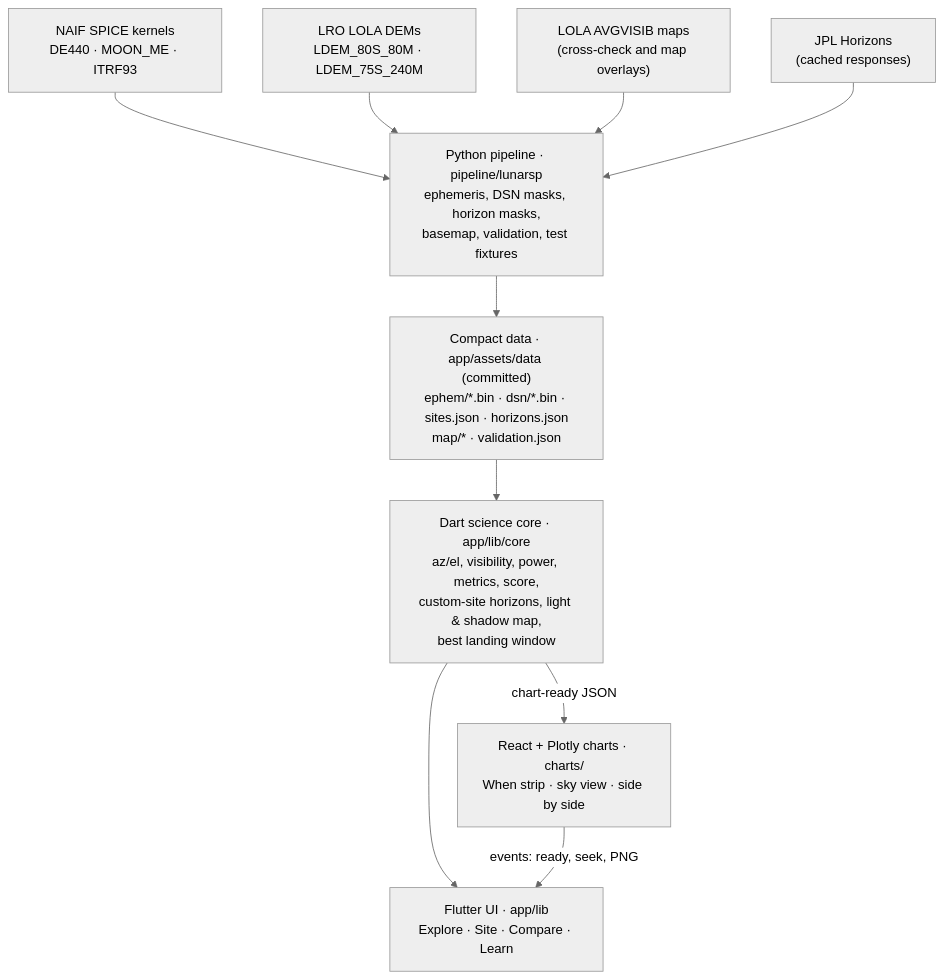
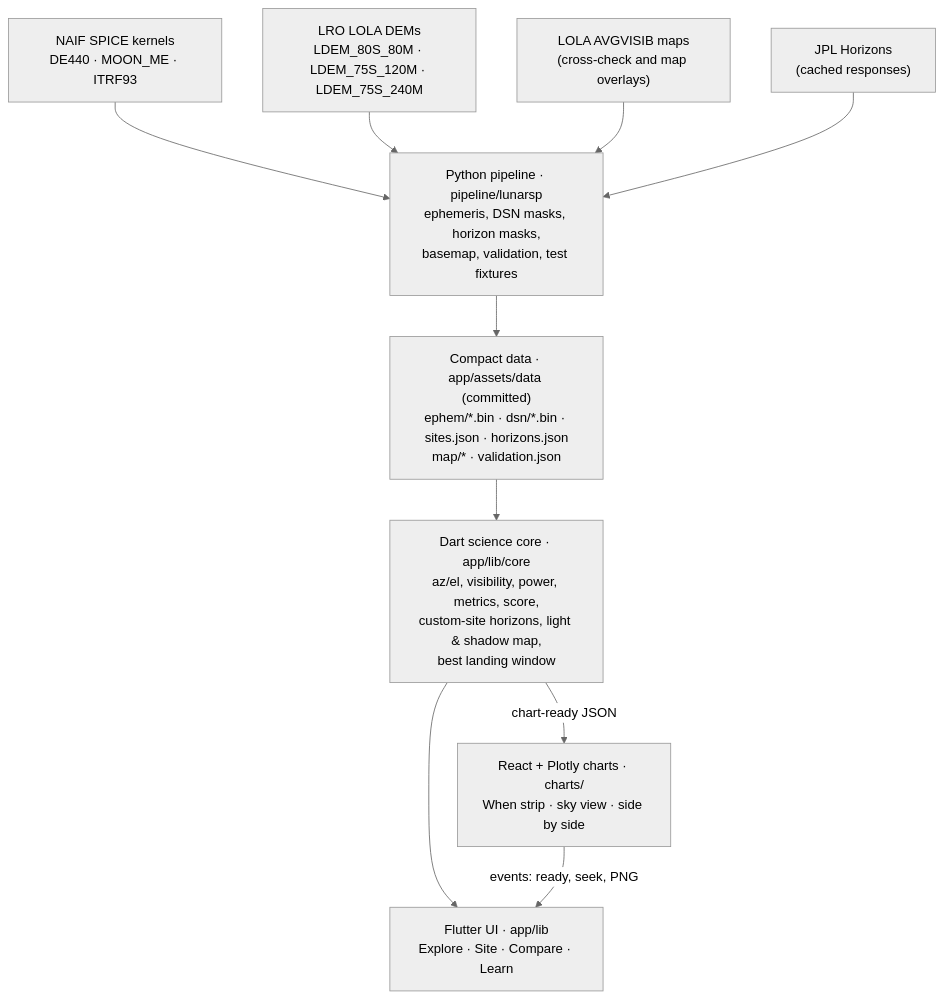
The diagram in README.md (localizedprojects/CLPS-MOON-BROWSER), drawn with Mermaid (neutral theme) before and after one commit. The commit also changed other lines of this file and 70 other files, not shown here.

````diff
--- a/README.md
+++ b/README.md
@@ -85,13 +85,13 @@
 ```mermaid
 flowchart TD
   K["NAIF SPICE kernels<br/>DE440 · MOON_ME · ITRF93"] --> P
-  D["LRO LOLA DEMs<br/>LDEM_80S_80M · LDEM_75S_240M"] --> P
+  D["LRO LOLA DEMs<br/>LDEM_80S_80M · LDEM_75S_120M · LDEM_75S_240M"] --> P
   A["LOLA AVGVISIB maps<br/>(cross-check and map overlays)"] --> P
   H["JPL Horizons<br/>(cached responses)"] --> P
   P["Python pipeline · pipeline/lunarsp<br/>ephemeris, DSN masks, horizon masks,<br/>basemap, validation, test fixtures"]
   P --> DATA["Compact data · app/assets/data (committed)<br/>ephem/*.bin · dsn/*.bin · sites.json · horizons.json<br/>map/* · validation.json"]
   DATA --> CORE["Dart science core · app/lib/core<br/>az/el, visibility, power, metrics, score,<br/>custom-site horizons, light & shadow map,<br/>best landing window"]
   CORE --> UI["Flutter UI · app/lib<br/>Explore · Site · Compare · Learn"]
   CORE -- "chart-ready JSON" --> CH["React + Plotly charts · charts/<br/>When strip · sky view · side by side"]
   CH -- "events: ready, seek, PNG" --> UI
 ```
````
